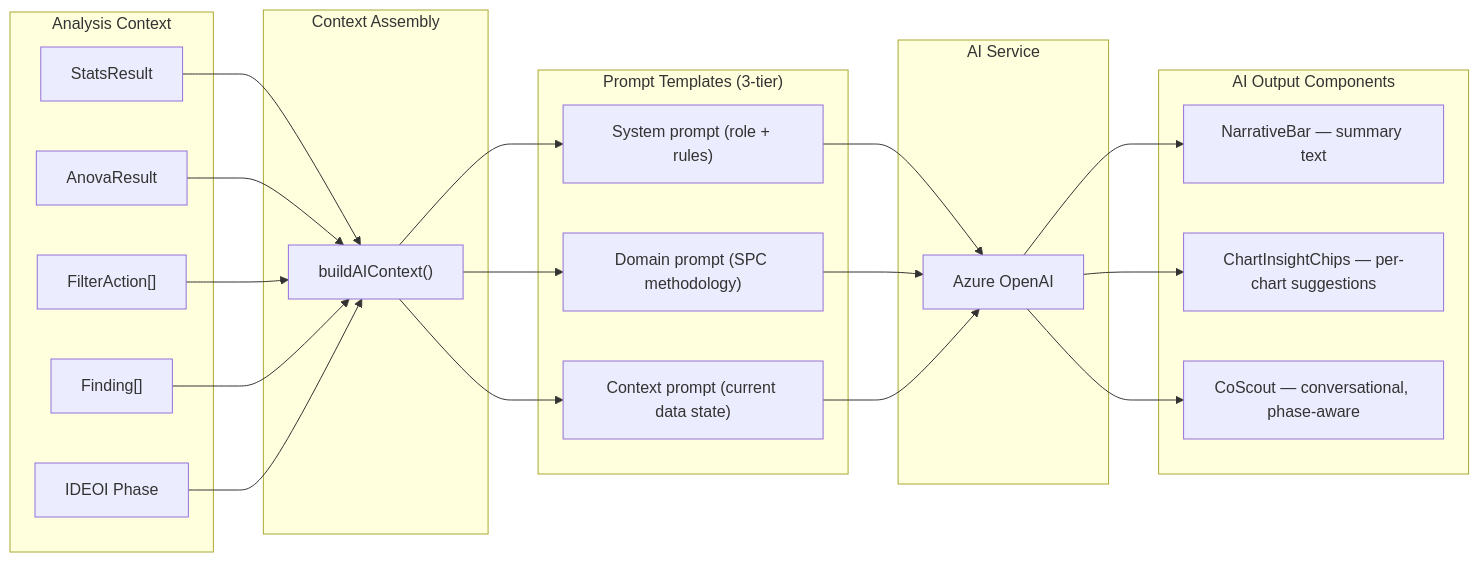
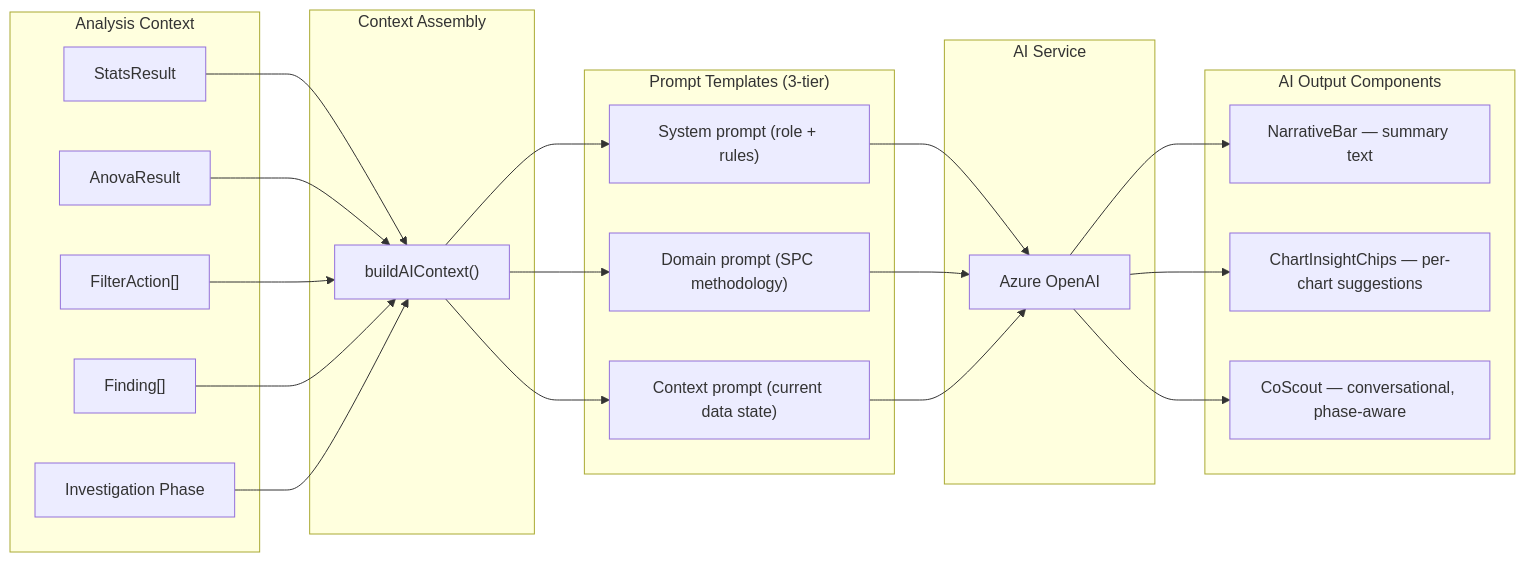
One commit to jukka-matti/variscout changed the third of 6 diagrams in docs/05-technical/architecture/data-pipeline-map.md. Above: the diagram before and after it, drawn with Mermaid. The commit also changed other lines of this file and 15 other files, not shown here.

````diff
--- a/docs/05-technical/architecture/data-pipeline-map.md
+++ b/docs/05-technical/architecture/data-pipeline-map.md
@@ -311,48 +311,48 @@
 ```mermaid
 flowchart LR
     subgraph Context["Analysis Context"]
         SR[StatsResult]
         AR[AnovaResult]
         FA["FilterAction[]"]
         FND["Finding[]"]
-        Phase["IDEOI Phase"]
+        Phase["Investigation Phase"]
     end
 
     subgraph Build["Context Assembly"]
         BAC["buildAIContext()"]
     end
 
     subgraph Prompts["Prompt Templates (3-tier)"]
         SYS["System prompt (role + rules)"]
         DOM["Domain prompt (SPC methodology)"]
         CTX["Context prompt (current data state)"]
     end
 
     subgraph Service["AI Service"]
         AOAI["Azure OpenAI"]
     end
 
     subgraph Output["AI Output Components"]
         NB["NarrativeBar — summary text"]
         CIC["ChartInsightChips — per-chart suggestions"]
         COS["CoScout — conversational, phase-aware"]
     end
 
     SR --> BAC
     AR --> BAC
     FA --> BAC
     FND --> BAC
     Phase --> BAC
 
     BAC --> SYS
     BAC --> DOM
     BAC --> CTX
 
     SYS --> AOAI
     DOM --> AOAI
     CTX --> AOAI
 
     AOAI --> NB
     AOAI --> CIC
     AOAI --> COS
 ```
````
